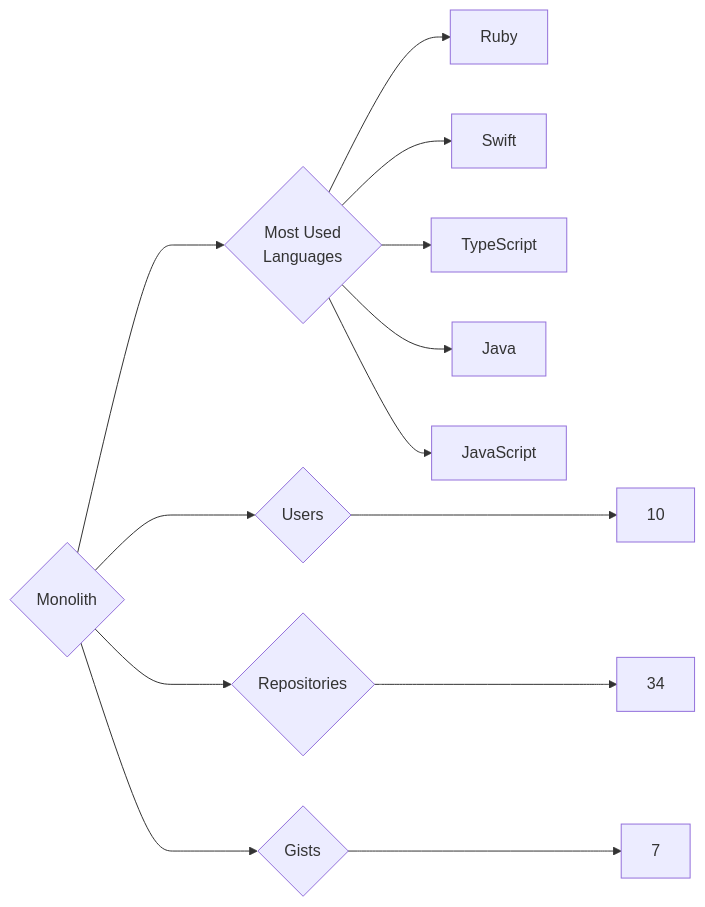
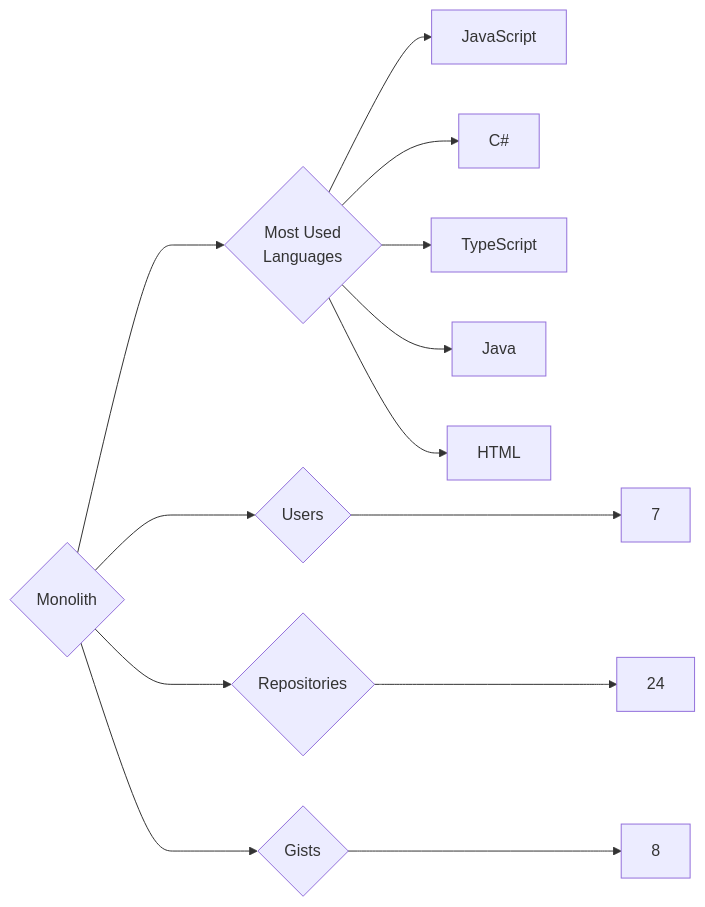
One commit to trickest/insiders changed the diagram in targets/Monolith/README.md. Above: the diagram before and after it, drawn with Mermaid. The commit also changed 972 other files, not shown here.

````diff
--- a/targets/Monolith/README.md
+++ b/targets/Monolith/README.md
@@ -3,13 +3,13 @@
 ```mermaid
 graph LR
 COMPANY_NAME{Monolith}
-COMPANY_NAME ---> U{Users} ---> UN[10]
-COMPANY_NAME ---> R{Repositories} ---> RN[34]
-COMPANY_NAME ---> G{Gists} ---> GN[7]
+COMPANY_NAME ---> U{Users} ---> UN[7]
+COMPANY_NAME ---> R{Repositories} ---> RN[24]
+COMPANY_NAME ---> G{Gists} ---> GN[8]
 COMPANY_NAME ---> ML{Most Used<br>Languages}
-ML --> Ruby[Ruby]
-ML --> Swift[Swift]
+ML --> JavaScript[JavaScript]
+ML --> C#[C#]
 ML --> TypeScript[TypeScript]
 ML --> Java[Java]
-ML --> JavaScript[JavaScript]
+ML --> HTML[HTML]
 ```
````
